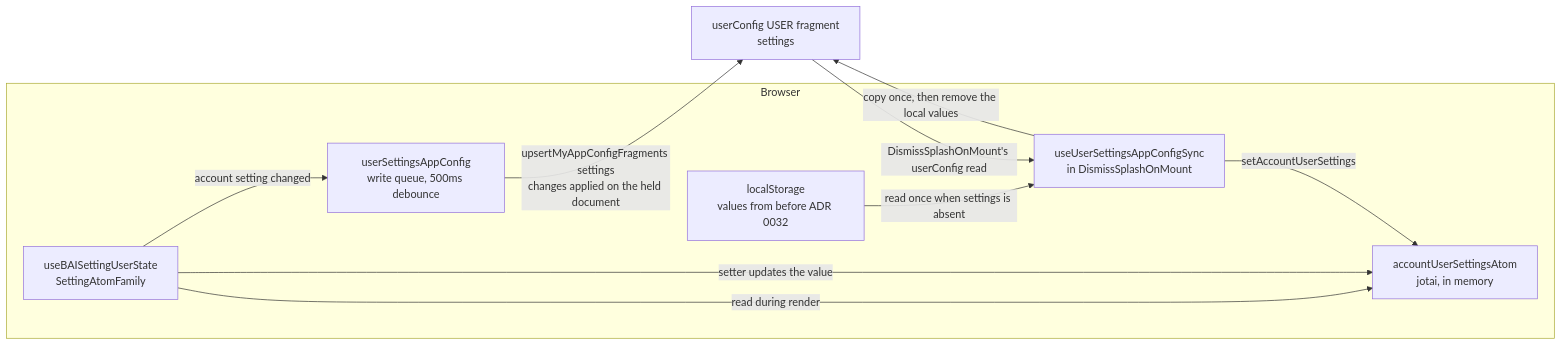
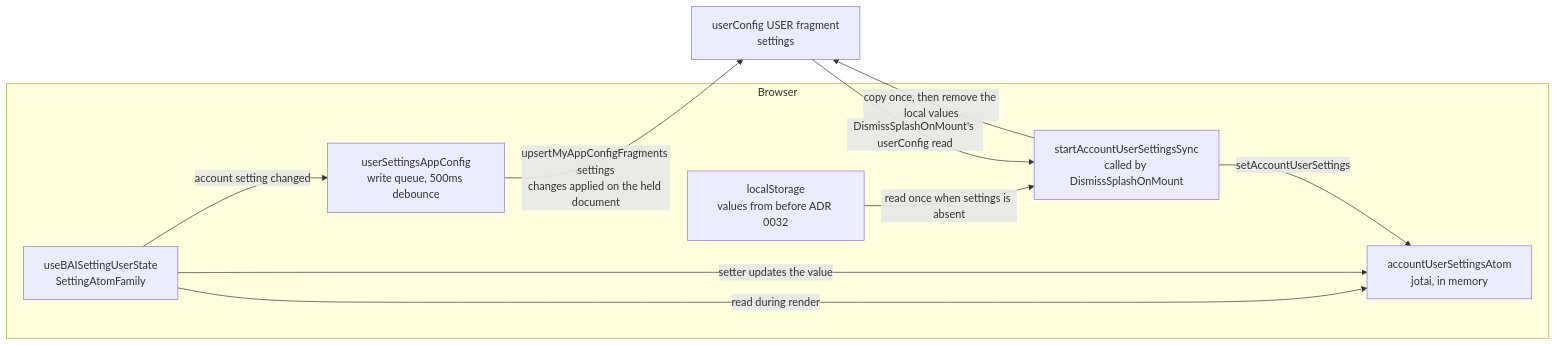
The diagram in docs/adr/0032-personal-settings-in-the-user-app-config.md (lablup/backend.ai-webui), drawn with Mermaid before and after one commit. The commit also changed other lines of this file and 7 other files, not shown here.

First line of the commit message:
refactor(#10435): start the account settings sync from DismissSplashOnMount as a plain function

````diff
--- a/docs/adr/0032-personal-settings-in-the-user-app-config.md
+++ b/docs/adr/0032-personal-settings-in-the-user-app-config.md
@@ -24,19 +24,19 @@
 ```mermaid
 flowchart LR
   subgraph browser["Browser"]
     hook["useBAISettingUserState<br/>SettingAtomFamily"]
     memory["accountUserSettingsAtom<br/>jotai, in memory"]
     legacy["localStorage<br/>values from before ADR 0032"]
     queue["userSettingsAppConfig<br/>write queue, 500ms debounce"]
-    sync["useUserSettingsAppConfigSync<br/>in DismissSplashOnMount"]
+    sync["startAccountUserSettingsSync<br/>called by DismissSplashOnMount"]
   end
   user["userConfig USER fragment<br/>settings"]
   hook -- "read during render" --> memory
   hook -- "setter updates the value" --> memory
   hook -- "account setting changed" --> queue
   queue -- "upsertMyAppConfigFragments settings<br/>changes applied on the held document" --> user
   user -- "DismissSplashOnMount's userConfig read" --> sync
   sync -- "setAccountUserSettings" --> memory
   legacy -- "read once when settings is absent" --> sync
   sync -- "copy once, then remove the local values" --> user
 ```
````
